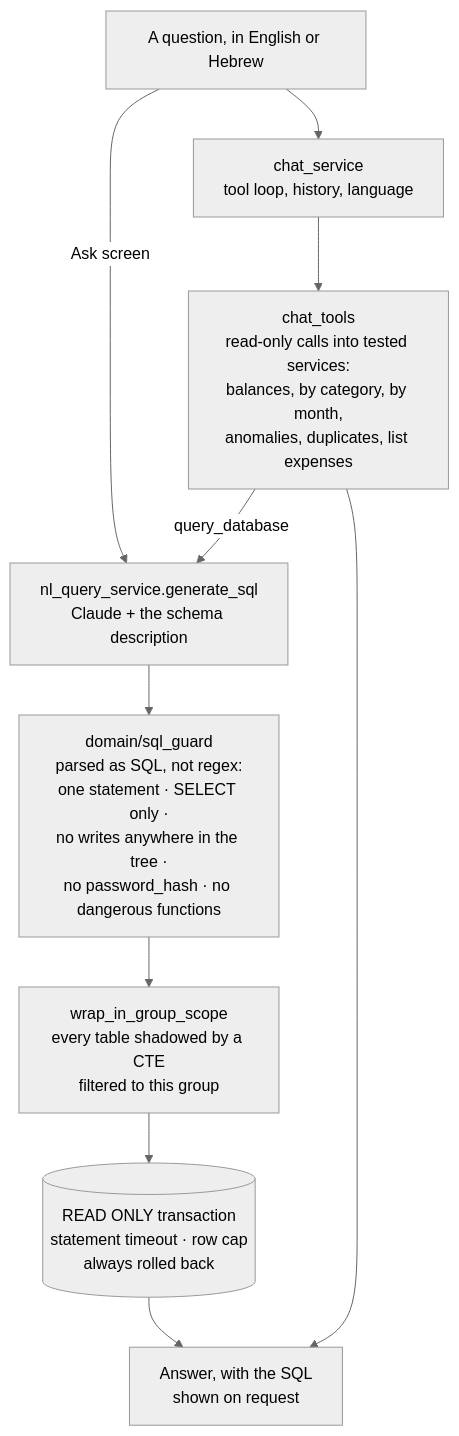
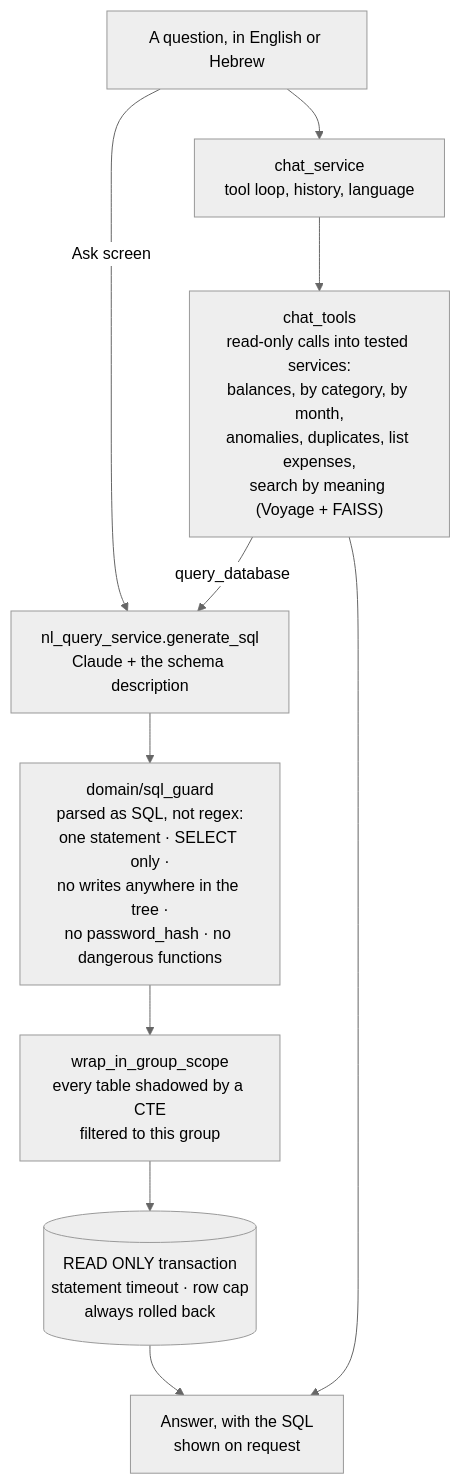
The seventh of 7 diagrams in docs/architecture.md (Student-Wise-Mini-Project/StudentWise), drawn with Mermaid (neutral theme) before and after one commit. The commit also changed other lines of this file, not shown here.

First line of the commit message:
Architecture: add receipt_images and expense_embeddings now they have landed

````diff
--- a/docs/architecture.md
+++ b/docs/architecture.md
@@ -383,18 +400,18 @@
 ```mermaid
 flowchart TB
     q["A question, in English or Hebrew"]
     chat["chat_service<br/>tool loop, history, language"]
-    tools["chat_tools<br/>read-only calls into tested services:<br/>balances, by category, by month,<br/>anomalies, duplicates, list expenses"]
+    tools["chat_tools<br/>read-only calls into tested services:<br/>balances, by category, by month,<br/>anomalies, duplicates, list expenses,<br/>search by meaning (Voyage + FAISS)"]
     gen["nl_query_service.generate_sql<br/>Claude + the schema description"]
     guard["domain/sql_guard<br/>parsed as SQL, not regex:<br/>one statement · SELECT only ·<br/>no writes anywhere in the tree ·<br/>no password_hash · no dangerous functions"]
     scope["wrap_in_group_scope<br/>every table shadowed by a CTE<br/>filtered to this group"]
     run[("READ ONLY transaction<br/>statement timeout · row cap<br/>always rolled back")]
     answer["Answer, with the SQL<br/>shown on request"]
 
     q --> chat
     q -- "Ask screen" --> gen
     chat --> tools
     tools -- "query_database" --> gen
     gen --> guard --> scope --> run --> answer
     tools --> answer
 ```
````
